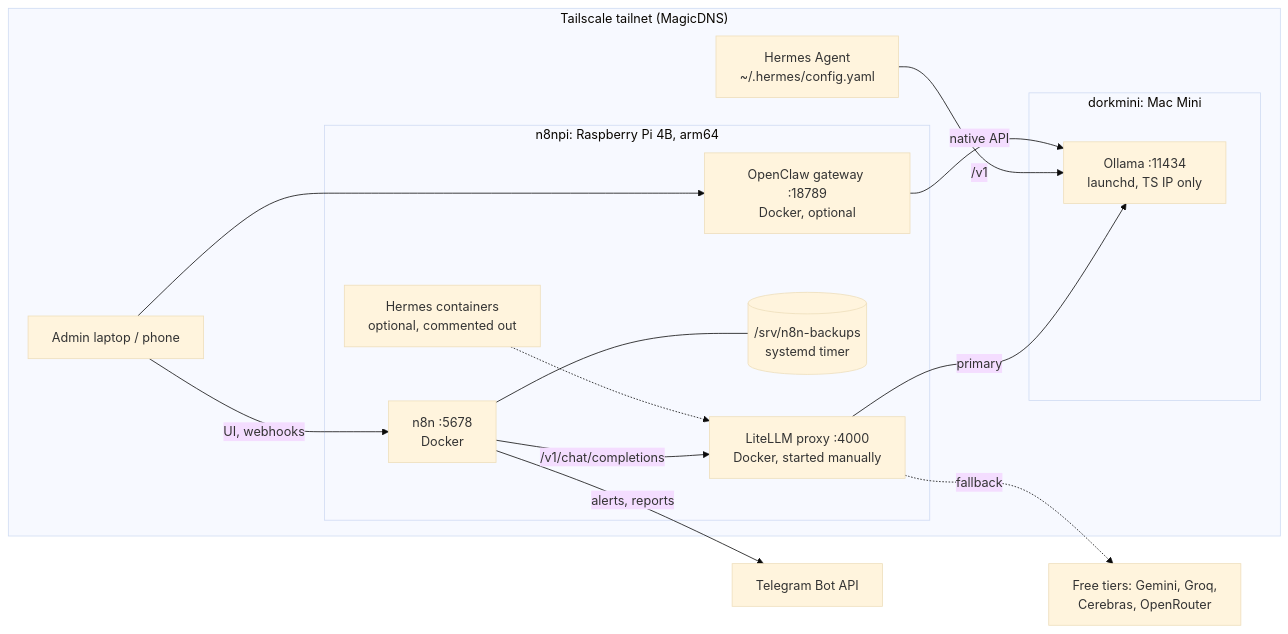
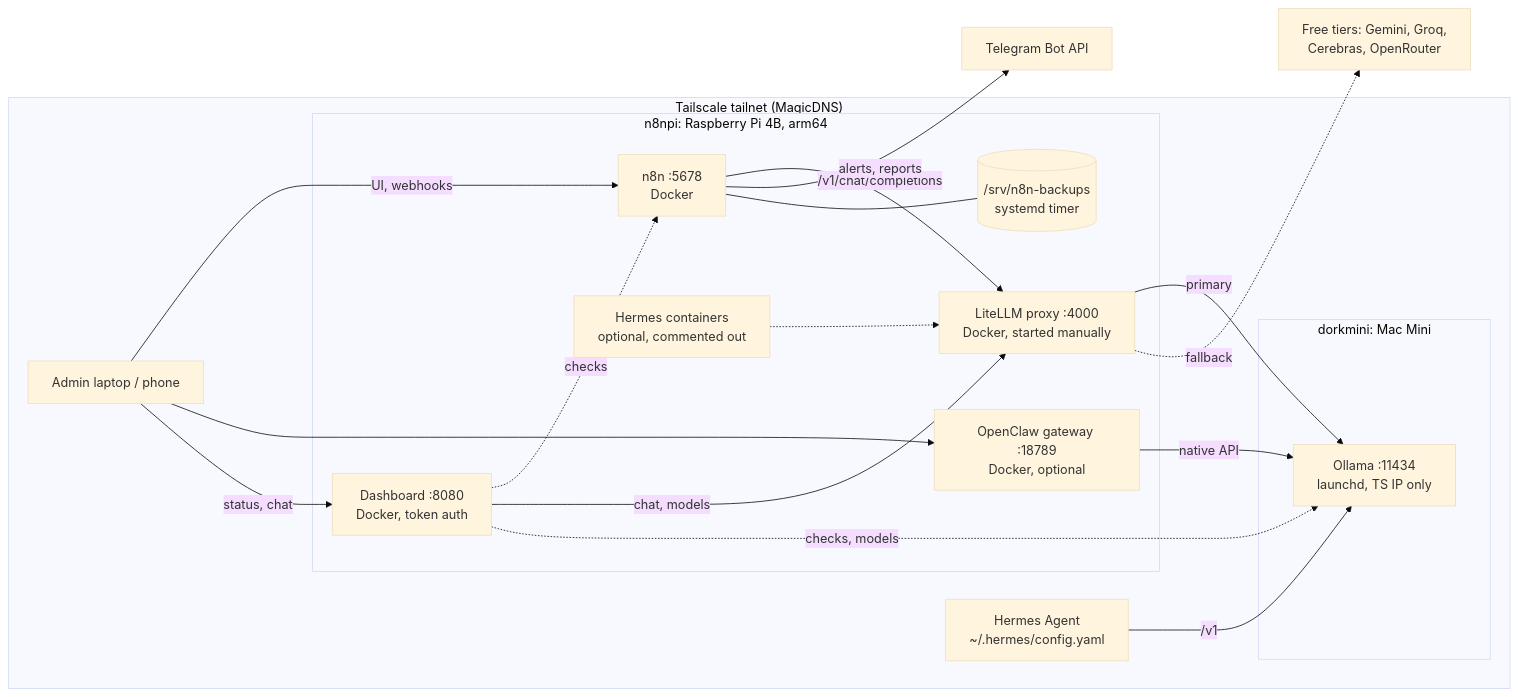
One commit to ScanedDork/ai-homelab changed the diagram in README.md. Above: the diagram before and after it, drawn with Mermaid (base theme). The commit also changed other lines of this file and 11 other files, not shown here.

````diff
--- a/README.md
+++ b/README.md
@@ -8,30 +8,35 @@
 ```mermaid
 flowchart LR
   subgraph tailnet["Tailscale tailnet (MagicDNS)"]
     you["Admin laptop / phone"]
     subgraph pi["n8npi: Raspberry Pi 4B, arm64"]
       n8n["n8n :5678<br/>Docker"]
       litellm["LiteLLM proxy :4000<br/>Docker, started manually"]
       hpi["Hermes containers<br/>optional, commented out"]
       bk[("/srv/n8n-backups<br/>systemd timer")]
       oc["OpenClaw gateway :18789<br/>Docker, optional"]
+      dash["Dashboard :8080<br/>Docker, token auth"]
     end
     subgraph mac["dorkmini: Mac Mini"]
       ollama["Ollama :11434<br/>launchd, TS IP only"]
     end
     hermes["Hermes Agent<br/>~/.hermes/config.yaml"]
   end
   cloud["Free tiers: Gemini, Groq,<br/>Cerebras, OpenRouter"]
   tg["Telegram Bot API"]
 
   you -->|UI, webhooks| n8n
   you --> oc
+  you -->|status, chat| dash
+  dash -.->|checks| n8n
+  dash -->|chat, models| litellm
+  dash -.->|checks, models| ollama
   n8n -->|/v1/chat/completions| litellm
   litellm -->|primary| ollama
   litellm -.->|fallback| cloud
   hermes -->|/v1| ollama
   oc -->|native API| ollama
   hpi -.-> litellm
   n8n -->|alerts, reports| tg
   n8n --- bk
 ```
````
